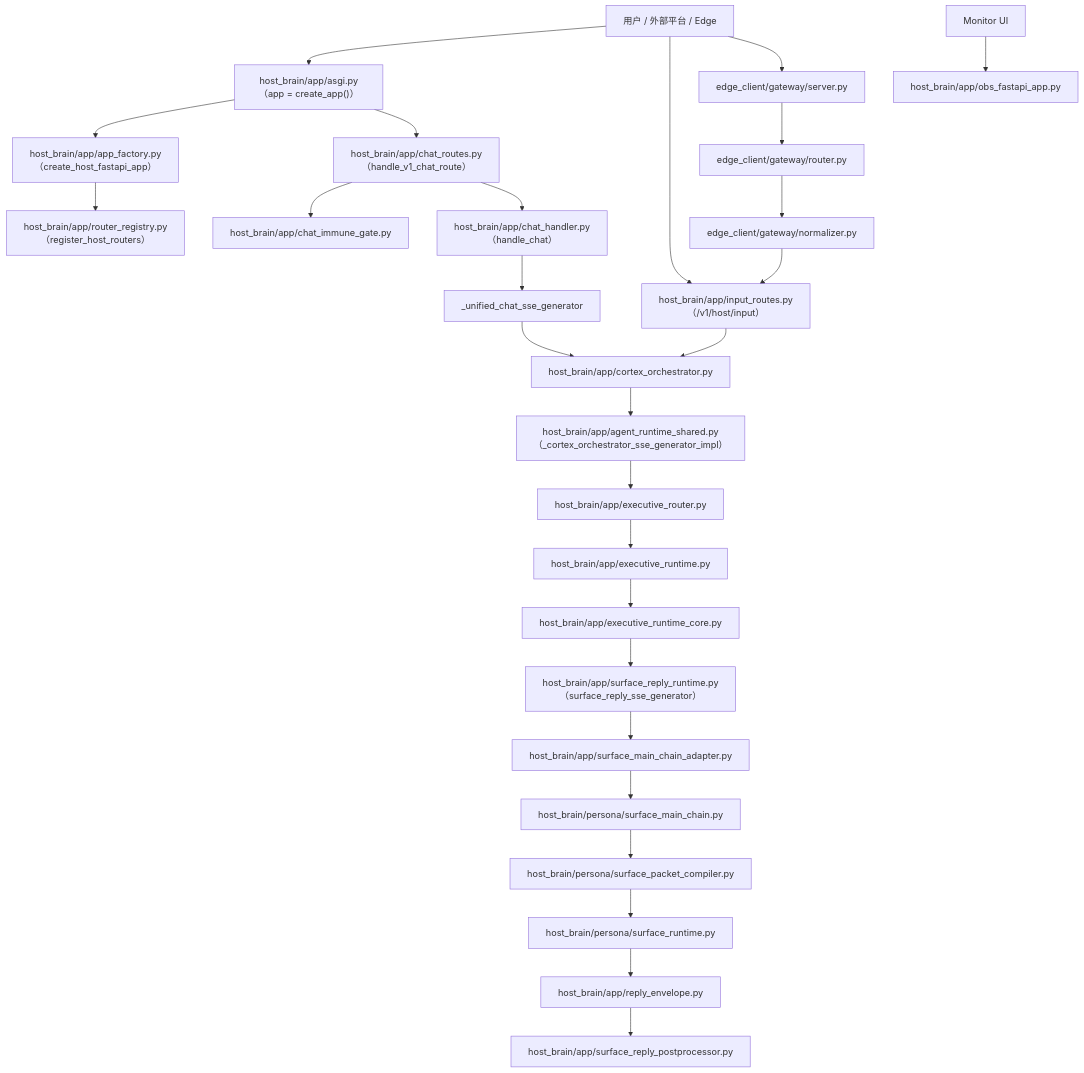
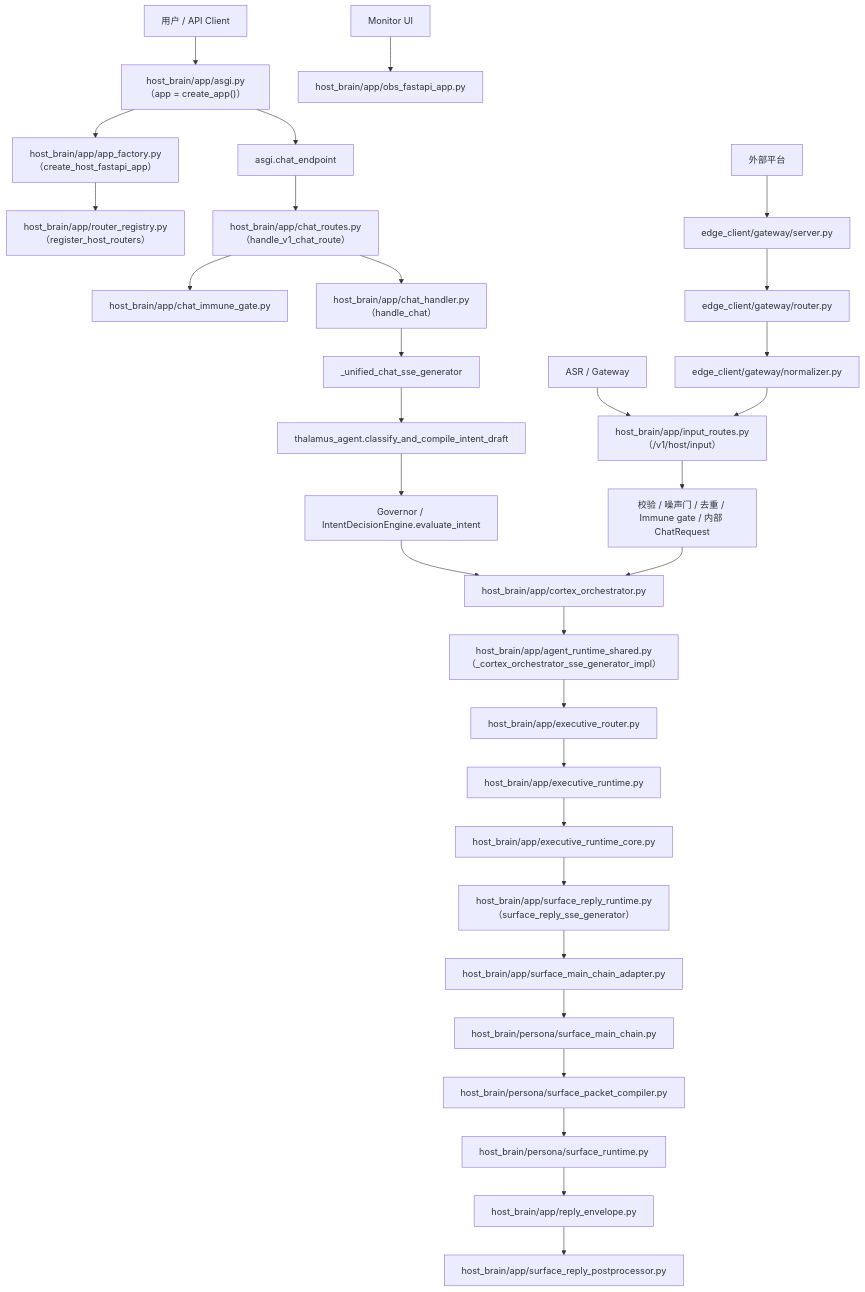
The diagram in docs/50_project/arch/CORE_MODULES_DETAILED_REFERENCE.md (SakuraYoruno/Natsume_Ai), drawn with Mermaid before and after one commit. The commit also changed other lines of this file and 20 other files, not shown here.

Commit message:
docs: align project architecture docs with current runtime

````diff
--- a/docs/50_project/arch/CORE_MODULES_DETAILED_REFERENCE.md
+++ b/docs/50_project/arch/CORE_MODULES_DETAILED_REFERENCE.md
@@ -21,33 +22,37 @@
 ```mermaid
 graph TD
-    U["用户 / 外部平台 / Edge"] --> ASGI["host_brain/app/asgi.py（app = create_app()）"]
+    U["用户 / API Client"] --> ASGI["host_brain/app/asgi.py（app = create_app()）"]
     ASGI --> FAC["host_brain/app/app_factory.py（create_host_fastapi_app）"]
     FAC --> REG["host_brain/app/router_registry.py（register_host_routers）"]
 
-    ASGI --> CR["host_brain/app/chat_routes.py（handle_v1_chat_route）"]
+    ASGI --> CHAT_EP["asgi.chat_endpoint"]
+    CHAT_EP --> CR["host_brain/app/chat_routes.py（handle_v1_chat_route）"]
     CR --> IMG["host_brain/app/chat_immune_gate.py"]
     CR --> CH["host_brain/app/chat_handler.py（handle_chat）"]
     CH --> SSEU["_unified_chat_sse_generator"]
-    SSEU --> CO["host_brain/app/cortex_orchestrator.py"]
+    SSEU --> THAL["thalamus_agent.classify_and_compile_intent_draft"]
+    THAL --> GOV["Governor / IntentDecisionEngine.evaluate_intent"]
+    GOV --> CO["host_brain/app/cortex_orchestrator.py"]
     CO --> ARS["host_brain/app/agent_runtime_shared.py（_cortex_orchestrator_sse_generator_impl）"]
     ARS --> EROUT["host_brain/app/executive_router.py"]
     EROUT --> EXEC["host_brain/app/executive_runtime.py"]
     EXEC --> EXECCORE["host_brain/app/executive_runtime_core.py"]
     EXECCORE --> CAG["host_brain/app/surface_reply_runtime.py（surface_reply_sse_generator）"]
     CAG --> SMC["host_brain/app/surface_main_chain_adapter.py"]
     SMC --> PSMC["host_brain/persona/surface_main_chain.py"]
     PSMC --> PCOMP["host_brain/persona/surface_packet_compiler.py"]
     PCOMP --> PRUN["host_brain/persona/surface_runtime.py"]
     PRUN --> ENV["host_brain/app/reply_envelope.py"]
     ENV --> POST["host_brain/app/surface_reply_postprocessor.py"]
 
-    U --> INPUT["host_brain/app/input_routes.py（/v1/host/input）"]
-    INPUT --> CO
+    EXT["ASR / Gateway"] --> INPUT["host_brain/app/input_routes.py（/v1/host/input）"]
+    INPUT --> ING["校验 / 噪声门 / 去重 / Immune gate / 内部 ChatRequest"]
+    ING --> CO
 
-    U --> GWS["edge_client/gateway/server.py"]
+    PLAT["外部平台"] --> GWS["edge_client/gateway/server.py"]
     GWS --> GWR["edge_client/gateway/router.py"]
     GWR --> GWN["edge_client/gateway/normalizer.py"]
     GWN --> INPUT
 
     OBSUI["Monitor UI"] --> OBSAPP["host_brain/app/obs_fastapi_app.py"]
 ```
````
